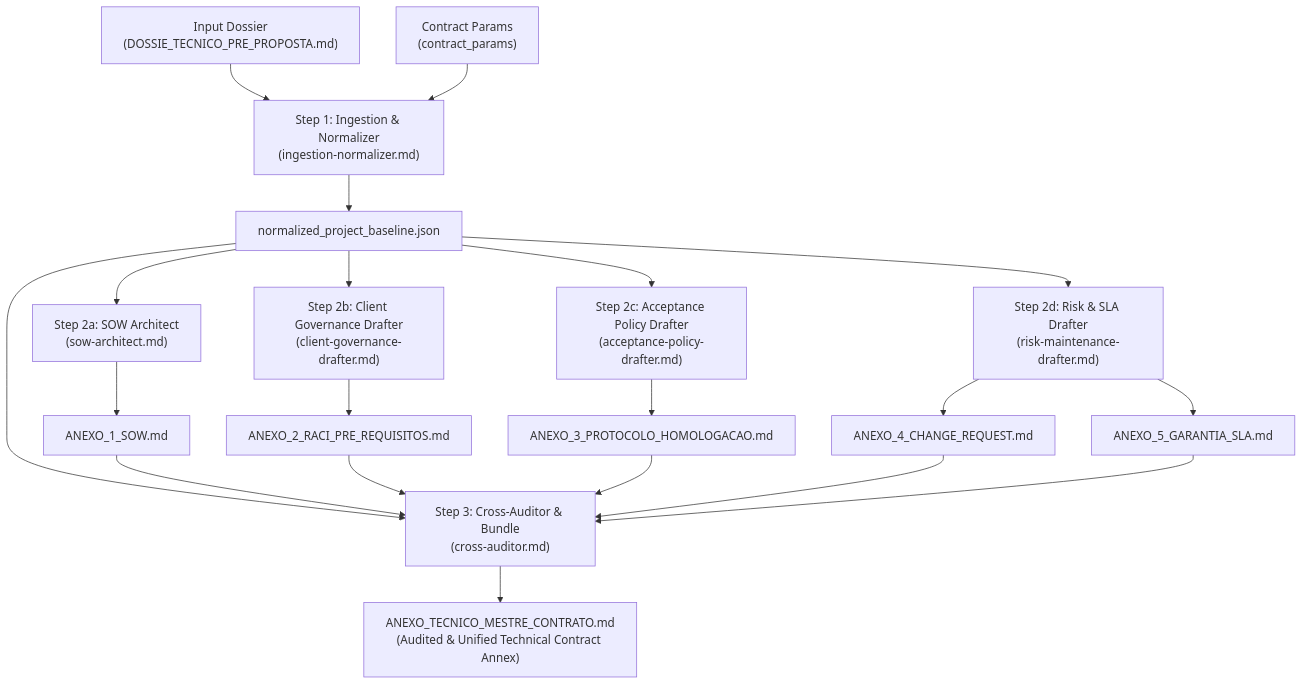
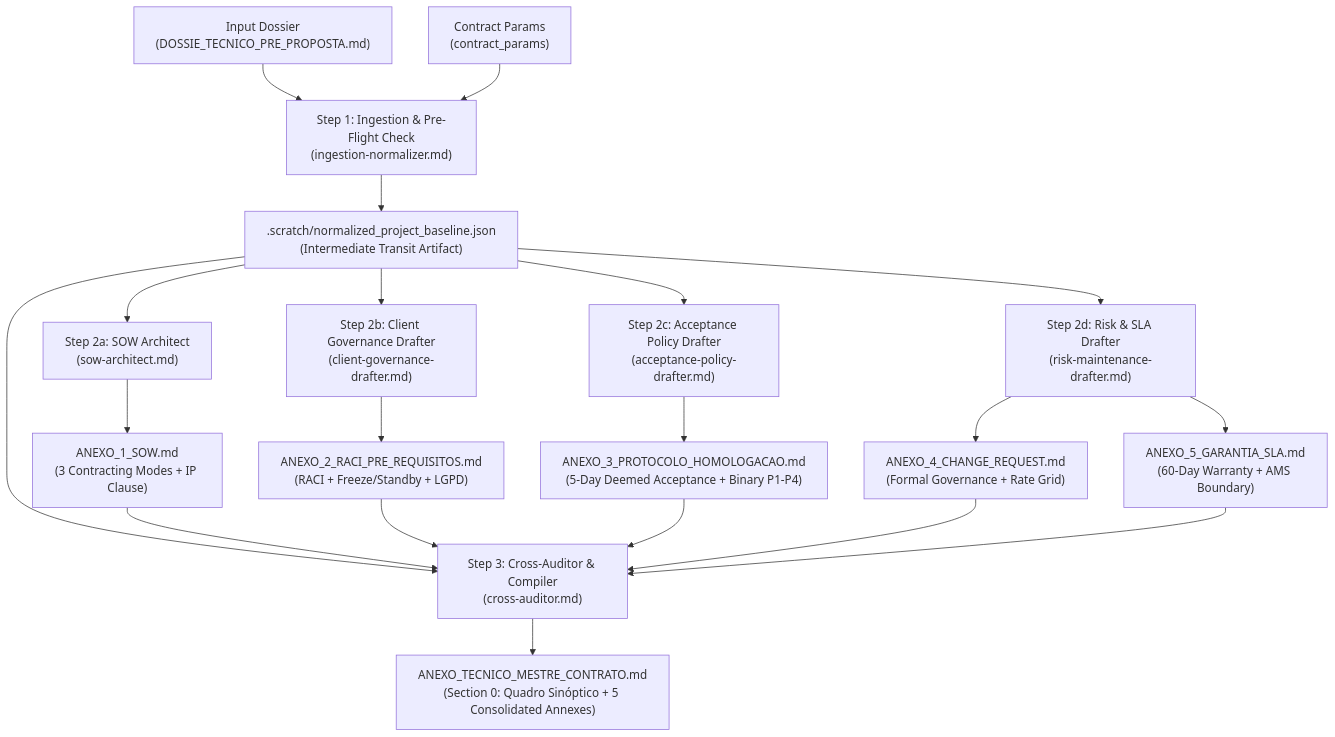
The diagram in README.md (HalcyonTech-LTDA/contract-technical-annexes-engine-plugin), drawn with Mermaid before and after one commit. The commit also changed other lines of this file and 17 other files, not shown here.

````diff
--- a/README.md
+++ b/README.md
@@ -78,27 +81,27 @@
 ```mermaid
 flowchart TD
-    Dossier["Input Dossier\n(DOSSIE_TECNICO_PRE_PROPOSTA.md)"] --> Step1["Step 1: Ingestion & Normalizer\n(ingestion-normalizer.md)"]
+    Dossier["Input Dossier\n(DOSSIE_TECNICO_PRE_PROPOSTA.md)"] --> Step1["Step 1: Ingestion & Pre-Flight Check\n(ingestion-normalizer.md)"]
     Params["Contract Params\n(contract_params)"] --> Step1
     
-    Step1 --> Baseline["normalized_project_baseline.json"]
+    Step1 --> Intermediate[".scratch/normalized_project_baseline.json\n(Intermediate Transit Artifact)"]
     
-    Baseline --> Step2a["Step 2a: SOW Architect\n(sow-architect.md)"]
-    Baseline --> Step2b["Step 2b: Client Governance Drafter\n(client-governance-drafter.md)"]
-    Baseline --> Step2c["Step 2c: Acceptance Policy Drafter\n(acceptance-policy-drafter.md)"]
-    Baseline --> Step2d["Step 2d: Risk & SLA Drafter\n(risk-maintenance-drafter.md)"]
+    Intermediate --> Step2a["Step 2a: SOW Architect\n(sow-architect.md)"]
+    Intermediate --> Step2b["Step 2b: Client Governance Drafter\n(client-governance-drafter.md)"]
+    Intermediate --> Step2c["Step 2c: Acceptance Policy Drafter\n(acceptance-policy-drafter.md)"]
+    Intermediate --> Step2d["Step 2d: Risk & SLA Drafter\n(risk-maintenance-drafter.md)"]
     
-    Step2a --> A1["ANEXO_1_SOW.md"]
-    Step2b --> A2["ANEXO_2_RACI_PRE_REQUISITOS.md"]
-    Step2c --> A3["ANEXO_3_PROTOCOLO_HOMOLOGACAO.md"]
-    Step2d --> A4["ANEXO_4_CHANGE_REQUEST.md"]
-    Step2d --> A5["ANEXO_5_GARANTIA_SLA.md"]
+    Step2a --> A1["ANEXO_1_SOW.md\n(3 Contracting Modes + IP Clause)"]
+    Step2b --> A2["ANEXO_2_RACI_PRE_REQUISITOS.md\n(RACI + Freeze/Standby + LGPD)"]
+    Step2c --> A3["ANEXO_3_PROTOCOLO_HOMOLOGACAO.md\n(5-Day Deemed Acceptance + Binary P1-P4)"]
+    Step2d --> A4["ANEXO_4_CHANGE_REQUEST.md\n(Formal Governance + Rate Grid)"]
+    Step2d --> A5["ANEXO_5_GARANTIA_SLA.md\n(60-Day Warranty + AMS Boundary)"]
     
-    Baseline --> Step3["Step 3: Cross-Auditor & Bundle\n(cross-auditor.md)"]
+    Intermediate --> Step3["Step 3: Cross-Auditor & Compiler\n(cross-auditor.md)"]
     A1 --> Step3
     A2 --> Step3
     A3 --> Step3
     A4 --> Step3
     A5 --> Step3
     
-    Step3 --> Master["ANEXO_TECNICO_MESTRE_CONTRATO.md\n(Audited & Unified Technical Contract Annex)"]
+    Step3 --> Master["ANEXO_TECNICO_MESTRE_CONTRATO.md\n(Section 0: Quadro Sinóptico + 5 Consolidated Annexes)"]
 ```
````
